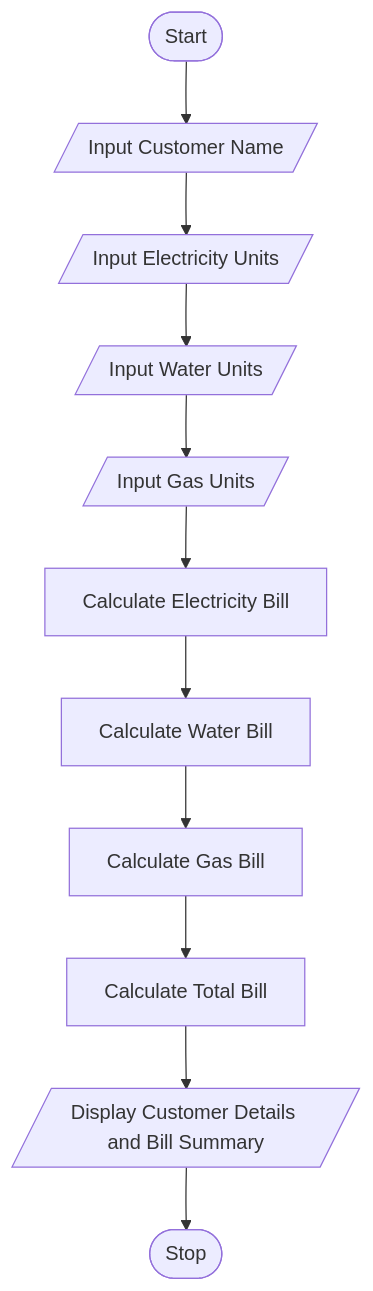
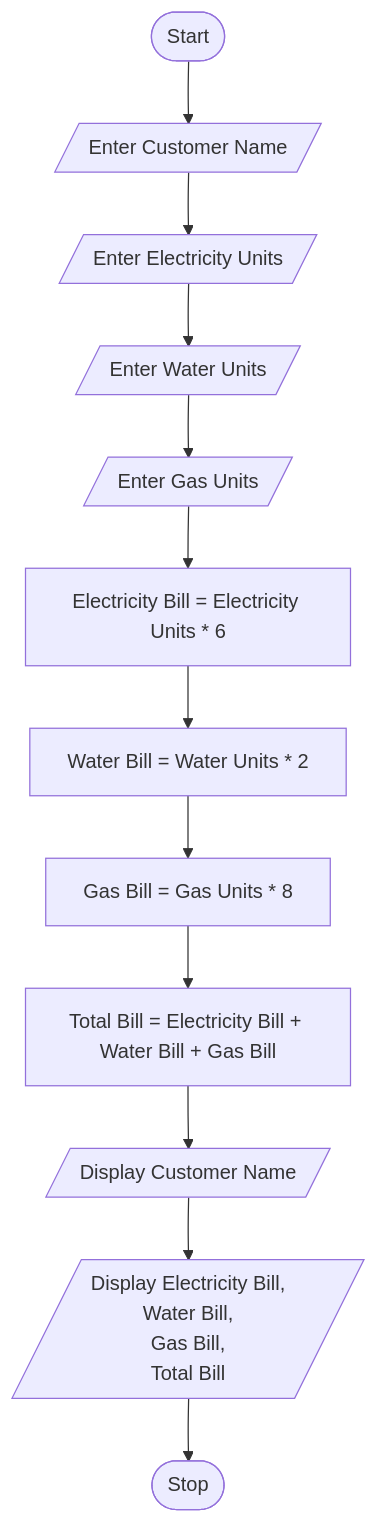
The diagram in Projects/Unit 1/Project5/Utility Bill Management system.md (bhupendrasai1818/Python_programming-problem_solving), drawn with Mermaid before and after one commit.

````diff
--- a/Projects/Unit 1/Project5/Utility Bill Management system.md
+++ b/Projects/Unit 1/Project5/Utility Bill Management system.md
@@ -31,25 +30,39 @@
 ```mermaid
 flowchart TD
+
     A([Start])
-    B[/Input Customer Name/]
-    C[/Input Electricity Units/]
-    D[/Input Water Units/]
-    E[/Input Gas Units/]
-    F[Calculate Electricity Bill]
-    G[Calculate Water Bill]
-    H[Calculate Gas Bill]
-    I[Calculate Total Bill]
-    J[/Display Customer Details and Bill Summary/]
-    K([Stop])
+
+    B[/Enter Customer Name/]
+    C[/Enter Electricity Units/]
+    D[/Enter Water Units/]
+    E[/Enter Gas Units/]
+
+    F[Electricity Bill = Electricity Units * 6]
+
+    G[Water Bill = Water Units * 2]
+
+    H[Gas Bill = Gas Units * 8]
+
+    I[Total Bill = Electricity Bill + Water Bill + Gas Bill]
+
+    J[/Display Customer Name/]
+
+    K[/Display Electricity Bill,
+    Water Bill,
+    Gas Bill,
+    Total Bill/]
+
+    L([Stop])
 
     A --> B
     B --> C
     C --> D
     D --> E
     E --> F
     F --> G
     G --> H
     H --> I
     I --> J
     J --> K
+    K --> L
 ```
````
